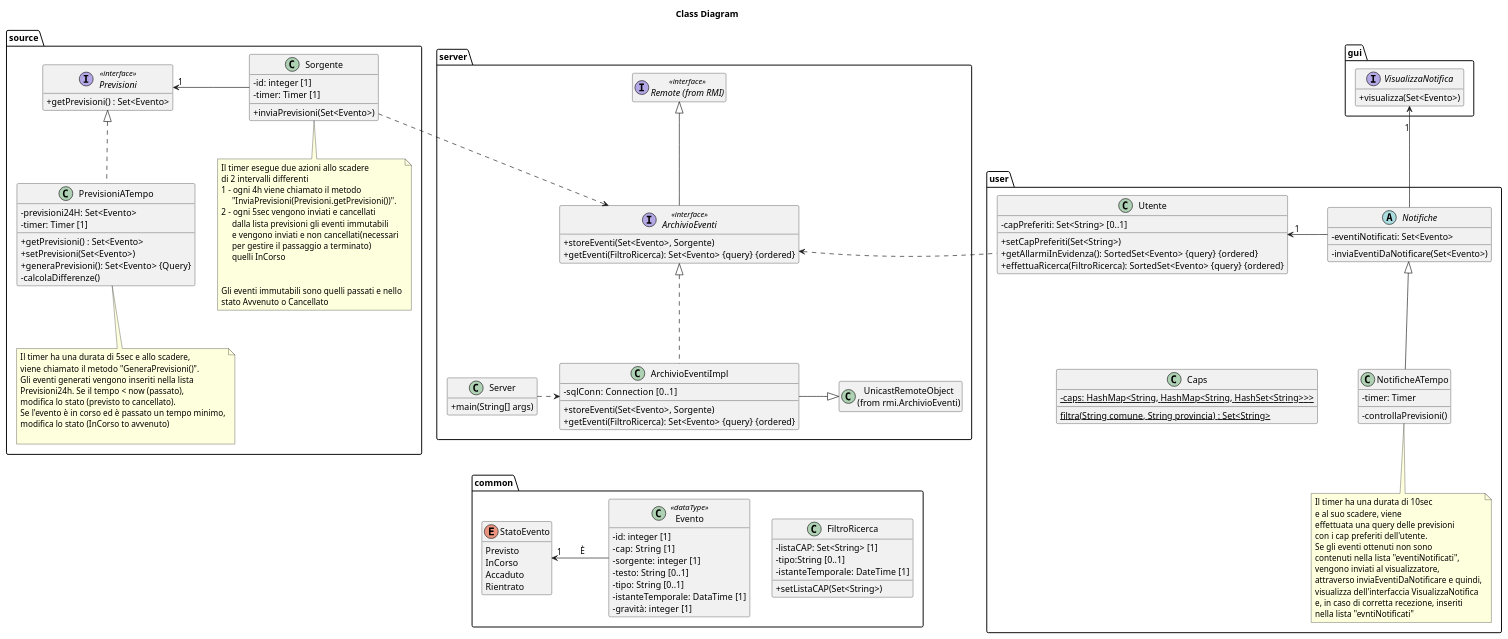
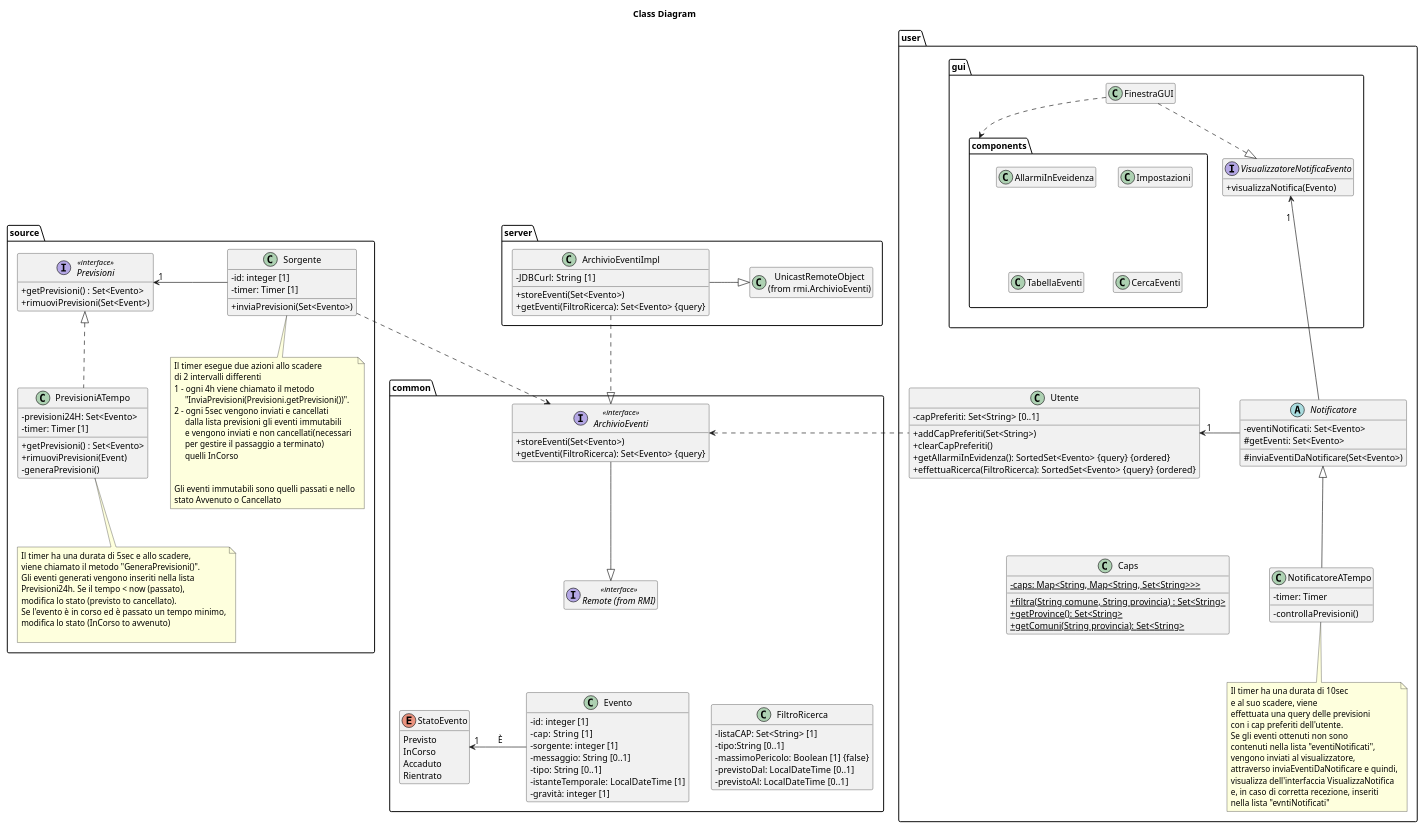
One commit to xFA25E/sweng_14_2019 changed the diagram in UML/src/class.puml. Above: the diagram before and after it, drawn with PlantUML. The commit also changed 1 other file, not shown here.

Commit message:
class diagram updated (FINAL)

```diff
--- a/UML/src/class.puml
+++ b/UML/src/class.puml
@@ -1,132 +1,145 @@
 @startuml
 title Class Diagram
 package source {
     interface Previsioni<<interface>> {
         + getPrevisioni() : Set<Evento>
+        + rimuoviPrevisioni(Set<Event>)
     }
 
     class PrevisioniATempo {
         - previsioni24H: Set<Evento>
         - timer: Timer [1]
         + getPrevisioni() : Set<Evento>
-        + setPrevisioni(Set<Evento>)
-        + generaPrevisioni(): Set<Evento> {Query}
-        - calcolaDifferenze()
+        + rimuoviPrevisioni(Event)
+        - generaPrevisioni()
     }
 
     class Sorgente {
         - id: integer [1]
         - timer: Timer [1]
         + inviaPrevisioni(Set<Evento>)
     }
-    note bottom of Sorgente: Il timer esegue due azioni allo scadere\ndi 2 intervalli differenti\n1 - ogni 4h viene chiamato il metodo\n     "InviaPrevisioni(Previsioni.getPrevisioni())".\n2 - ogni 5sec vengono inviati e cancellati\n     dalla lista previsioni gli eventi immutabili\n     e vengono inviati e non cancellati(necessari\n     per gestire il passaggio a terminato)\n     quelli InCorso\n\n\nGli eventi immutabili sono quelli passati e nello\nstato Avvenuto o Cancellato      
+    note bottom of Sorgente: Il timer esegue due azioni allo scadere\ndi 2 intervalli differenti\n1 - ogni 4h viene chiamato il metodo\n     "InviaPrevisioni(Previsioni.getPrevisioni())".\n2 - ogni 5sec vengono inviati e cancellati\n     dalla lista previsioni gli eventi immutabili\n     e vengono inviati e non cancellati(necessari\n     per gestire il passaggio a terminato)\n     quelli InCorso\n\n\nGli eventi immutabili sono quelli passati e nello\nstato Avvenuto o Cancellato
     note bottom of PrevisioniATempo: Il timer ha una durata di 5sec e allo scadere,\nviene chiamato il metodo "GeneraPrevisioni()".\nGli eventi generati vengono inseriti nella lista\nPrevisioni24h. Se il tempo < now (passato),\nmodifica lo stato (previsto to cancellato).\nSe l'evento è in corso ed è passato un tempo minimo,\nmodifica lo stato (InCorso to avvenuto)\n
 
     Previsioni "1" <- Sorgente : \t\t\t
     Previsioni <|.. PrevisioniATempo
 }
 
 package server{
-    interface "Remote (from RMI)" as Remote <<interface>>
-
-    interface ArchivioEventi<<interface>> {
-        + storeEventi(Set<Evento>, Sorgente)
-        + getEventi(FiltroRicerca): Set<Evento> {query} {ordered}
-    }
-
     class ArchivioEventiImpl {
-        - sqlConn: Connection  [0..1]
-        + storeEventi(Set<Evento>, Sorgente)
-        + getEventi(FiltroRicerca): Set<Evento> {query} {ordered}
+        - JDBCurl: String  [1]
+        + storeEventi(Set<Evento>)
+        + getEventi(FiltroRicerca): Set<Evento> {query}
     }
 
     class "UnicastRemoteObject\n(from rmi.ArchivioEventi)" as UnicastRemoteObject
 
-    class Server {
-        + main(String[] args)
-    }
-
-    Remote <|-- ArchivioEventi
-    ArchivioEventi <|.. ArchivioEventiImpl
     ArchivioEventiImpl -|> UnicastRemoteObject :\t
-    Server .> ArchivioEventiImpl
 }
-
-Sorgente .> ArchivioEventi
 
 package user {
     class Utente {
         - capPreferiti: Set<String> [0..1]
-        + setCapPreferiti(Set<String>)
+        + addCapPreferiti(Set<String>)
+        + clearCapPreferiti()
         + getAllarmiInEvidenza(): SortedSet<Evento> {query} {ordered}
         + effettuaRicerca(FiltroRicerca): SortedSet<Evento> {query} {ordered}
     }
 
-    abstract Notifiche {
+    abstract Notificatore {
         - eventiNotificati: Set<Evento>
-        - inviaEventiDaNotificare(Set<Evento>)
+        # getEventi: Set<Evento>
+        # inviaEventiDaNotificare(Set<Evento>)
     }
 
-    class NotificheATempo {
+    class NotificatoreATempo {
         - timer: Timer
         - controllaPrevisioni()
     }
-    note bottom of NotificheATempo: Il timer ha una durata di 10sec\ne al suo scadere, viene\neffettuata una query delle previsioni\ncon i cap preferiti dell'utente.\nSe gli eventi ottenuti non sono\ncontenuti nella lista "eventiNotificati",\nvengono inviati al visualizzatore,\nattraverso inviaEventiDaNotificare e quindi,\nvisualizza dell'interfaccia VisualizzaNotifica\ne, in caso di corretta recezione, inseriti\nnella lista "evntiNotificati"
+    note bottom of NotificatoreATempo: Il timer ha una durata di 10sec\ne al suo scadere, viene\neffettuata una query delle previsioni\ncon i cap preferiti dell'utente.\nSe gli eventi ottenuti non sono\ncontenuti nella lista "eventiNotificati",\nvengono inviati al visualizzatore,\nattraverso inviaEventiDaNotificare e quindi,\nvisualizza dell'interfaccia VisualizzaNotifica\ne, in caso di corretta recezione, inseriti\nnella lista "evntiNotificati"
 
     class Caps {
-        - {static} caps: HashMap<String, HashMap<String, HashSet<String>>>
-        {static} filtra(String comune, String provincia) : Set<String>
+        - {static} caps: Map<String, Map<String, Set<String>>>
+        + {static} filtra(String comune, String provincia) : Set<String>
+        + {static} getProvince(): Set<String>
+        + {static} getComuni(String provincia): Set<String>
     }
 
-    Utente " 1" <- Notifiche :\t
-    Notifiche <|-- NotificheATempo
+    Utente " 1" <- Notificatore :\t
+    Notificatore <|-- NotificatoreATempo
+
+    package gui {
+        package components  {
+            class TabellaEventi
+            class Impostazioni
+            class CercaEventi
+            class AllarmiInEveidenza
+        }
+
+        class FinestraGUI
+
+        interface VisualizzatoreNotificaEvento {
+            + visualizzaNotifica(Evento)
+        }
+
+        FinestraGUI ..> components
+        FinestraGUI ..|> VisualizzatoreNotificaEvento
+    }
+
+    VisualizzatoreNotificaEvento "\n1" <-- Notificatore
 }
 
-ArchivioEventi <. Utente
+package common {
+    interface ArchivioEventi<<interface>> {
+        + storeEventi(Set<Evento>)
+        + getEventi(FiltroRicerca): Set<Evento> {query}
+    }
 
-package common {
+    interface "Remote (from RMI)" as Remote <<interface>>
+    ArchivioEventi --|> Remote
+
     enum StatoEvento {
         Previsto
         InCorso
         Accaduto
         Rientrato
     }
 
-    class Evento<<dataType>> {
+    class Evento {
         - id: integer [1]
         - cap: String  [1]
         - sorgente: integer [1]
-        - testo: String [0..1]
+        - messaggio: String [0..1]
         - tipo: String [0..1]
-        - istanteTemporale: DataTime [1]
+        - istanteTemporale: LocalDateTime [1]
         - gravità: integer [1]
     }
 
     StatoEvento "1" <- Evento: \tÈ\t
 
     class FiltroRicerca {
         - listaCAP: Set<String> [1]
         - tipo:String [0..1]
-        - istanteTemporale: DateTime [1]
-        + setListaCAP(Set<String>)
+        - massimoPericolo: Boolean [1] {false}
+        - previstoDal: LocalDateTime [0..1]
+        - previstoAl: LocalDateTime [0..1]
     }
 }
 
-package gui {
-    interface VisualizzaNotifica {
-        + visualizza(Set<Evento>)
-    }
-}
-
-VisualizzaNotifica "\n1" <-- Notifiche
+Sorgente .> ArchivioEventi
+ArchivioEventiImpl ..|> ArchivioEventi
+ArchivioEventi <. Utente
 
 'Layout only
 hide empty members
 skinparam classAttributeIconSize 0
 Sorgente -[hidden]--- StatoEvento
-ArchivioEventi .[hidden].> Server
-ArchivioEventiImpl .[hidden].> Evento
-Notifiche .[hidden].> FiltroRicerca
-Caps -[hidden]> NotificheATempo: \t
-
+Notificatore .[hidden].> FiltroRicerca
+Caps -[hidden]> NotificatoreATempo: \t
+Remote -[hidden]-> FiltroRicerca
+Remote -[hidden]-> Evento
+CercaEventi -[hidden]-> Utente
+Impostazioni -[hidden]-> CercaEventi
+AllarmiInEveidenza -[hidden]-> TabellaEventi
 @enduml
```
